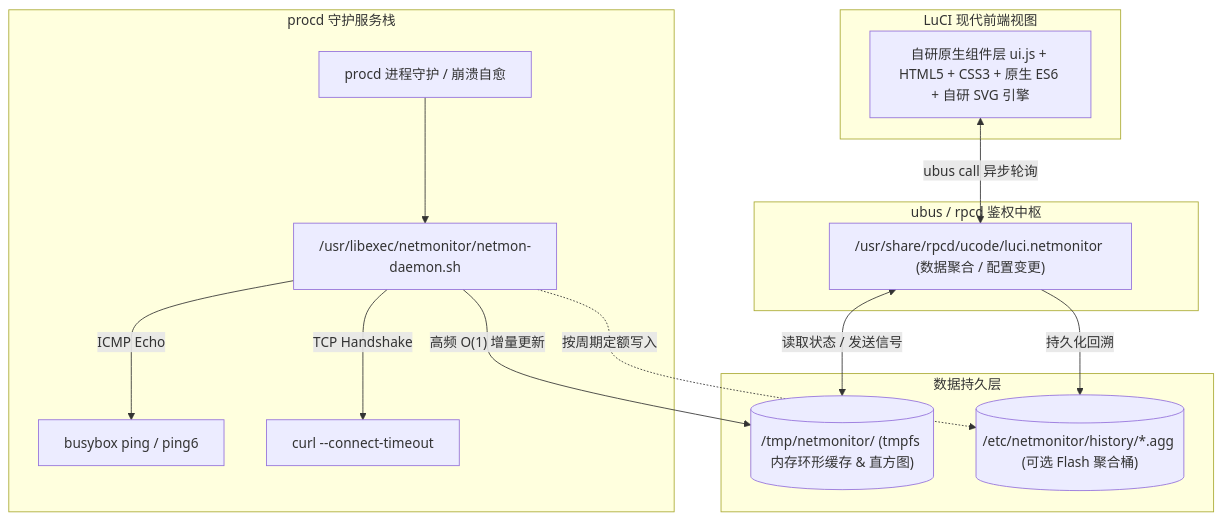
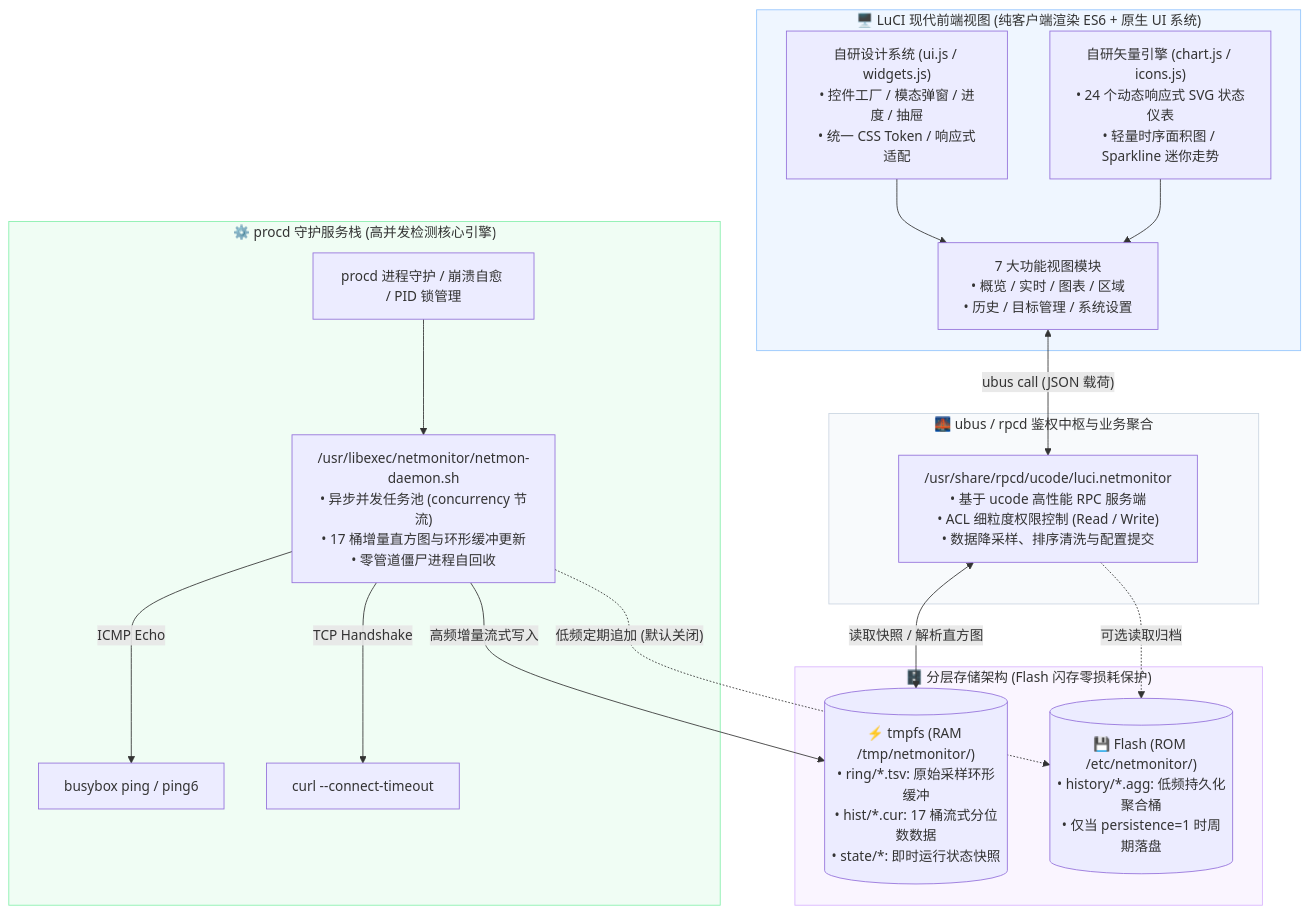
One commit to LianXia233/luci-app-netmonitor changed the diagram in README.md. Above: the diagram before and after it, drawn with Mermaid. The commit also changed other lines of this file, not shown here.

````diff
--- a/README.md
+++ b/README.md
@@ -36,27 +67,38 @@
 ```mermaid
-graph TD
-    subgraph Frontend [LuCI 现代前端视图]
-        UI["自研原生组件层 ui.js + HTML5 + CSS3 + 原生 ES6 + 自研 SVG 引擎"]
+flowchart TD
+    subgraph Frontend["🖥️ LuCI 现代前端视图 (纯客户端渲染 ES6 + 原生 UI 系统)"]
+        UI["自研设计系统 (ui.js / widgets.js)<br/>• 控件工厂 / 模态弹窗 / 进度 / 抽屉<br/>• 统一 CSS Token / 响应式适配"]
+        SVG["自研矢量引擎 (chart.js / icons.js)<br/>• 24 个动态响应式 SVG 状态仪表<br/>• 轻量时序面积图 / Sparkline 迷你走势"]
+        VIEWS["7 大功能视图模块<br/>• 概览 / 实时 / 图表 / 区域<br/>• 历史 / 目标管理 / 系统设置"]
+        UI --> VIEWS
+        SVG --> VIEWS
     end
 
-    subgraph Middleware [ubus / rpcd 鉴权中枢]
-        UCODE["/usr/share/rpcd/ucode/luci.netmonitor (数据聚合 / 配置变更)"]
+    subgraph Middleware["🌉 ubus / rpcd 鉴权中枢与业务聚合"]
+        RPCD["/usr/share/rpcd/ucode/luci.netmonitor<br/>• 基于 ucode 高性能 RPC 服务端<br/>• ACL 细粒度权限控制 (Read / Write)<br/>• 数据降采样、排序清洗与配置提交"]
     end
 
-    subgraph Daemon [procd 守护服务栈]
-        PROCD["procd 进程守护 / 崩溃自愈"] --> SCRIPT["/usr/libexec/netmonitor/netmon-daemon.sh"]
+    subgraph Daemon["⚙️ procd 守护服务栈 (高并发检测核心引擎)"]
+        PROCD["procd 进程守护 / 崩溃自愈 / PID 锁管理"]
+        SCRIPT["/usr/libexec/netmonitor/netmon-daemon.sh<br/>• 异步并发任务池 (concurrency 节流)<br/>• 17 桶增量直方图与环形缓冲更新<br/>• 零管道僵尸进程自回收"]
+        PROCD --> SCRIPT
         SCRIPT -->|"ICMP Echo"| PING["busybox ping / ping6"]
         SCRIPT -->|"TCP Handshake"| CURL["curl --connect-timeout"]
     end
 
-    subgraph Storage [数据持久层]
-        TMPFS[("/tmp/netmonitor/ (tmpfs 内存环形缓存 & 直方图)")]
-        FLASH[("/etc/netmonitor/history/*.agg (可选 Flash 聚合桶)")]
+    subgraph Storage["🗄️ 分层存储架构 (Flash 闪存零损耗保护)"]
+        TMPFS[("⚡ tmpfs (RAM /tmp/netmonitor/)<br/>• ring/*.tsv: 原始采样环形缓冲<br/>• hist/*.cur: 17 桶流式分位数数据<br/>• state/*: 即时运行状态快照")]
+        FLASH[("💾 Flash (ROM /etc/netmonitor/)<br/>• history/*.agg: 低频持久化聚合桶<br/>• 仅当 persistence=1 时周期落盘")]
     end
 
-    UI <-->|"ubus call 异步轮询"| UCODE
-    UCODE <-->|"读取状态 / 发送信号"| TMPFS
-    UCODE -->|"持久化回溯"| FLASH
-    SCRIPT -->|"高频 O(1) 增量更新"| TMPFS
-    SCRIPT -.->|"按周期定额写入"| FLASH
+    VIEWS <-->|"ubus call (JSON 载荷)"| RPCD
+    RPCD <-->|"读取快照 / 解析直方图"| TMPFS
+    RPCD -.->|"可选读取归档"| FLASH
+    SCRIPT -->|"高频增量流式写入"| TMPFS
+    SCRIPT -.->|"低频定期追加 (默认关闭)"| FLASH
+
+    style Frontend fill:#eff6ff,stroke:#93c5fd,stroke-width:1px
+    style Middleware fill:#f8fafc,stroke:#cbd5e1,stroke-width:1px
+    style Daemon fill:#f0fdf4,stroke:#86efac,stroke-width:1px
+    style Storage fill:#faf5ff,stroke:#d8b4fe,stroke-width:1px
 ```
````
